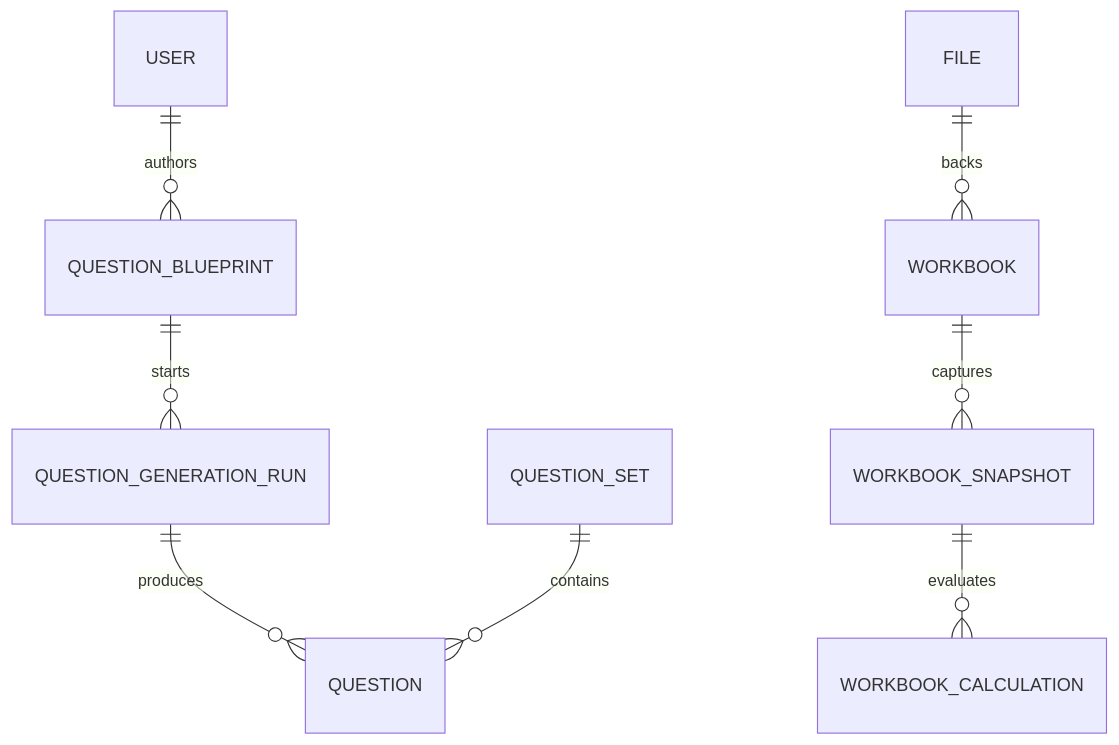
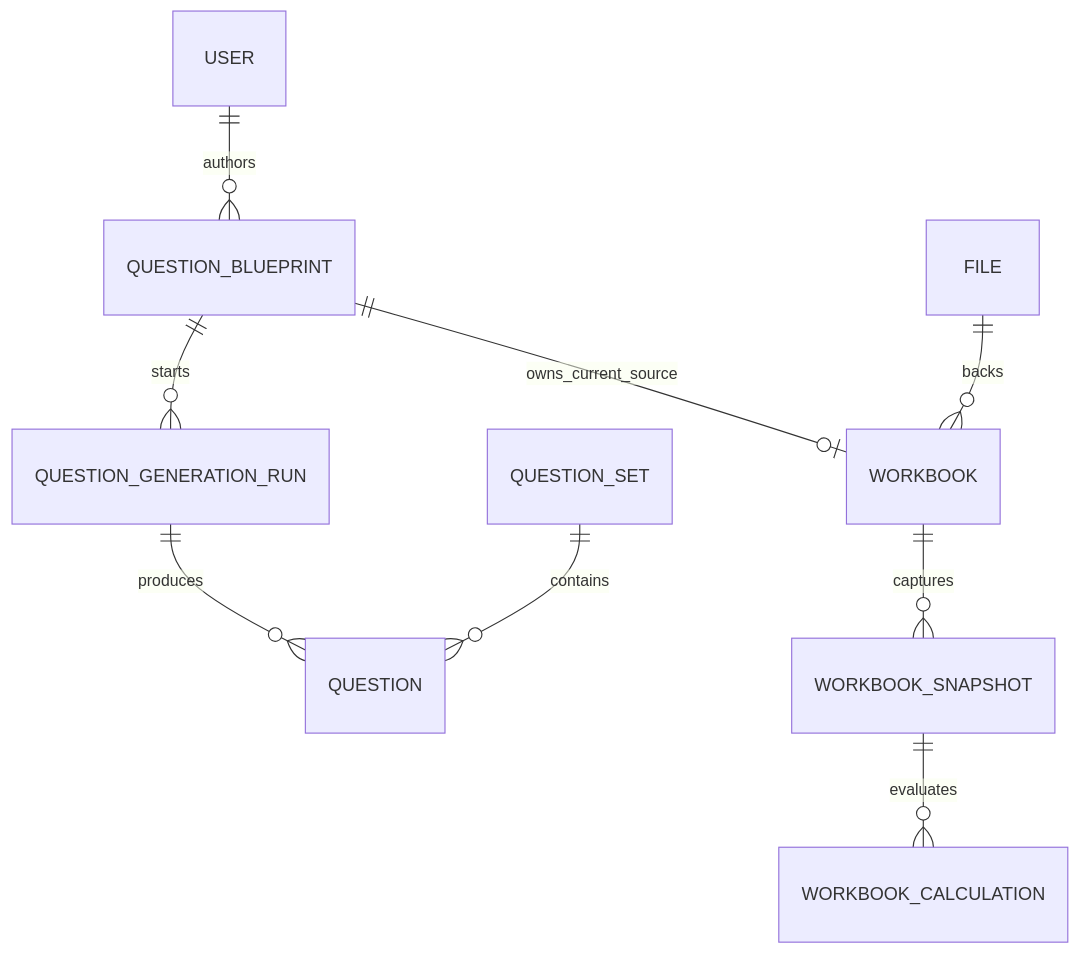
The diagram in docs/domain-model.md (alirostami1/lemma), drawn with Mermaid before and after one commit. The commit also changed other lines of this file and 26 other files, not shown here.

````diff
--- a/docs/domain-model.md
+++ b/docs/domain-model.md
@@ -18,10 +18,11 @@
 ```mermaid
 erDiagram
   USER ||--o{ QUESTION_BLUEPRINT : authors
   QUESTION_BLUEPRINT ||--o{ QUESTION_GENERATION_RUN : starts
   QUESTION_GENERATION_RUN ||--o{ QUESTION : produces
   QUESTION_SET ||--o{ QUESTION : contains
+  QUESTION_BLUEPRINT ||--o| WORKBOOK : owns_current_source
   WORKBOOK ||--o{ WORKBOOK_SNAPSHOT : captures
   WORKBOOK_SNAPSHOT ||--o{ WORKBOOK_CALCULATION : evaluates
   FILE ||--o{ WORKBOOK : backs
 ```
````
